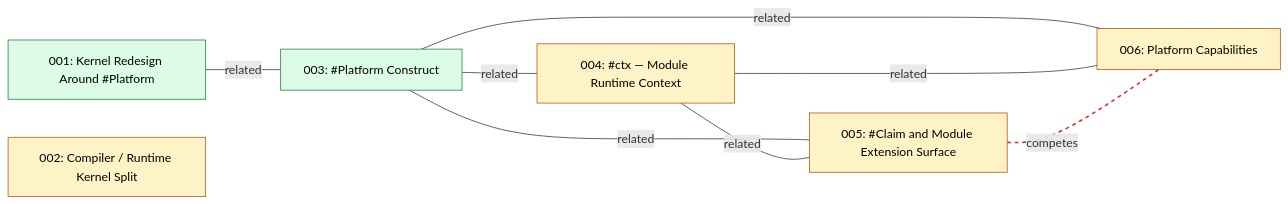
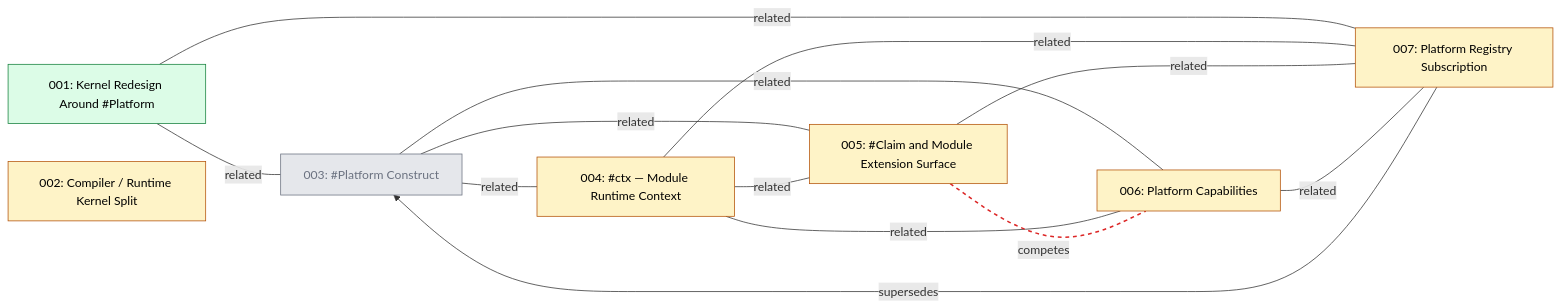
Before and after one commit to open-platform-model/library: the first of 2 diagrams in enhancements/GRAPH.md, drawn with Mermaid. The commit also changed 7 other files, not shown here.

Commit message:
docs(enhancements): add 007 platform registry subscription; supersede 003

````diff
--- a/enhancements/GRAPH.md
+++ b/enhancements/GRAPH.md
@@ -5,24 +5,30 @@
 ```mermaid
 graph LR
   classDef draft       fill:#fef3c7,stroke:#b45309,color:#000
   classDef accepted    fill:#dbeafe,stroke:#1d4ed8,color:#000
   classDef implemented fill:#dcfce7,stroke:#15803d,color:#000
   classDef superseded  fill:#e5e7eb,stroke:#6b7280,color:#6b7280
 
   N001["001: Kernel Redesign Around #Platform"]:::implemented
   N002["002: Compiler / Runtime Kernel Split"]:::draft
-  N003["003: #Platform Construct"]:::implemented
+  N003["003: #Platform Construct"]:::superseded
   N004["004: #ctx — Module Runtime Context"]:::draft
   N005["005: #Claim and Module Extension Surface"]:::draft
   N006["006: Platform Capabilities"]:::draft
+  N007["007: Platform Registry Subscription"]:::draft
 
   N001 ---|related| N003
+  N001 ---|related| N007
   N003 ---|related| N004
   N003 ---|related| N005
   N003 ---|related| N006
   N004 ---|related| N005
   N004 ---|related| N006
+  N004 ---|related| N007
+  N005 ---|related| N007
+  N006 ---|related| N007
+  N007 -->|supersedes| N003
   N005 -.-|competes| N006
 
-  linkStyle 6 stroke:#dc2626,stroke-width:2px,stroke-dasharray:5 5
+  linkStyle 11 stroke:#dc2626,stroke-width:2px,stroke-dasharray:5 5
 ```
````
